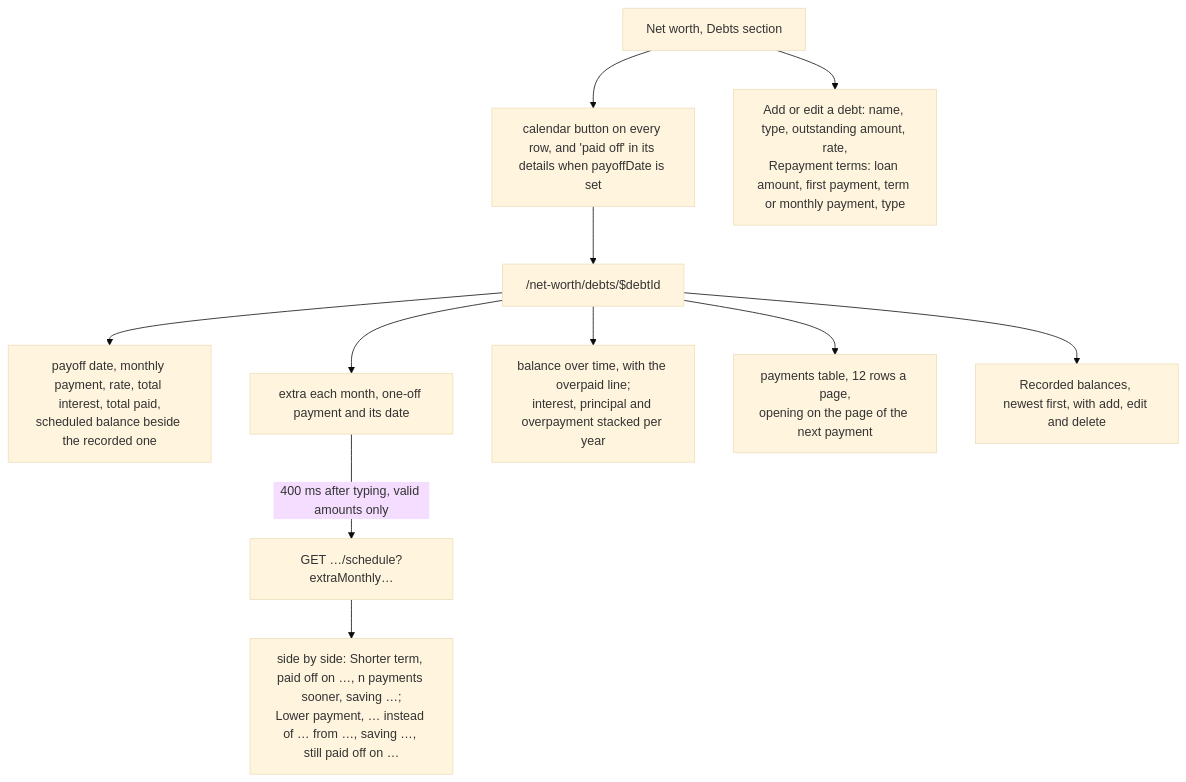
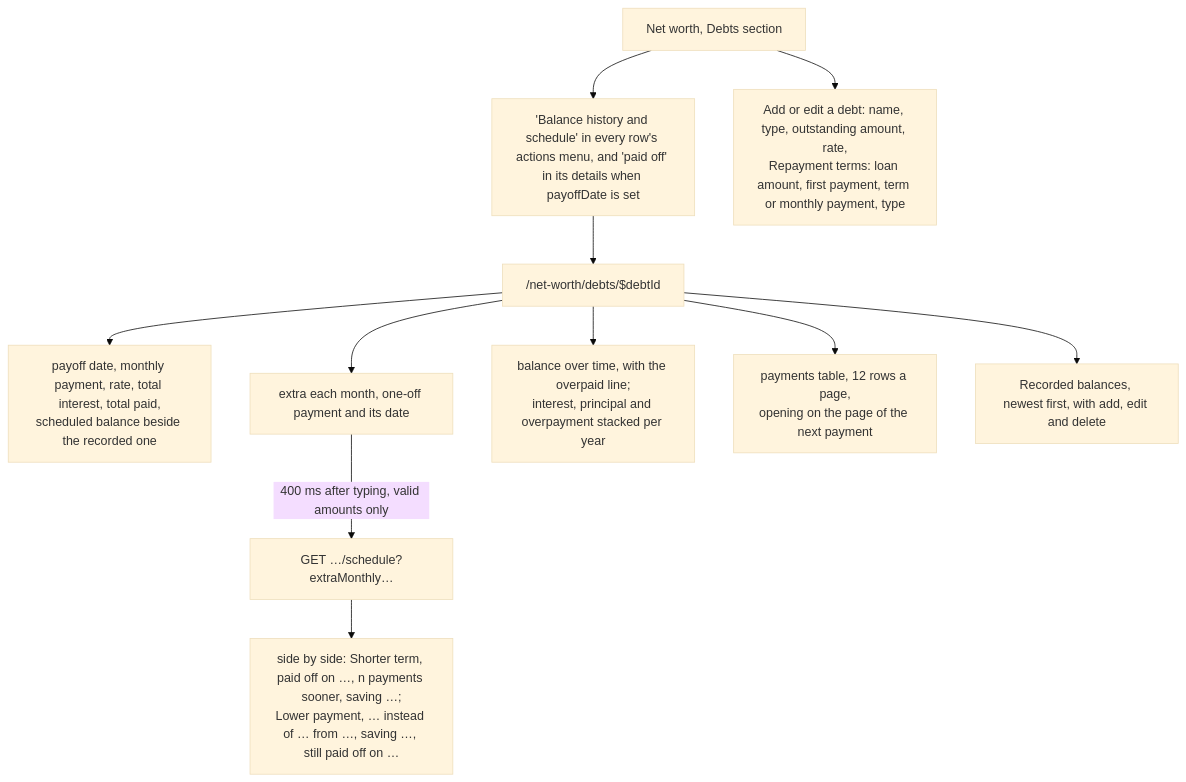
The fifth of 6 diagrams in docs/features/debt-amortization.md (Justxs/Jx-Finance), drawn with Mermaid (base theme) before and after one commit. The commit also changed 369 other files, not shown here.

````diff
--- a/docs/features/debt-amortization.md
+++ b/docs/features/debt-amortization.md
@@ -160,13 +160,13 @@
 ```mermaid
 flowchart TD
-    List["Net worth, Debts section"] --> Link["calendar button on every row, and 'paid off' in its details when payoffDate is set"]
+    List["Net worth, Debts section"] --> Link["'Balance history and schedule' in every row's actions menu, and 'paid off' in its details when payoffDate is set"]
     List --> Form["Add or edit a debt: name, type, outstanding amount, rate,<br/>Repayment terms: loan amount, first payment, term or monthly payment, type"]
     Link --> Page["/net-worth/debts/$debtId"]
     Page --> Summary["payoff date, monthly payment, rate, total interest, total paid,<br/>scheduled balance beside the recorded one"]
     Page --> Extra["extra each month, one-off payment and its date"]
     Extra -->|"400 ms after typing, valid amounts only"| Query["GET …/schedule?extraMonthly…"]
     Query --> Savings["side by side: Shorter term, paid off on …, n payments sooner, saving …;<br/>Lower payment, … instead of … from …, saving …, still paid off on …"]
     Page --> Charts["balance over time, with the overpaid line;<br/>interest, principal and overpayment stacked per year"]
     Page --> Table["payments table, 12 rows a page,<br/>opening on the page of the next payment"]
     Page --> Balances["Recorded balances, newest first, with add, edit and delete"]
 ```
````
